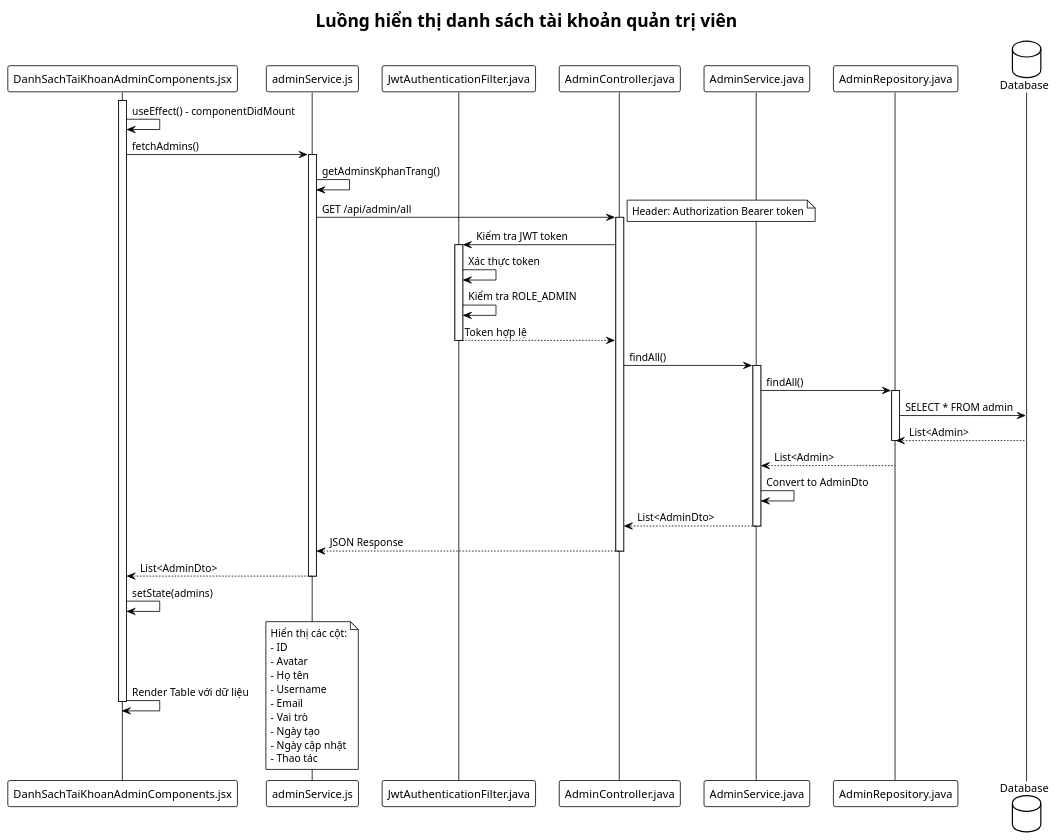
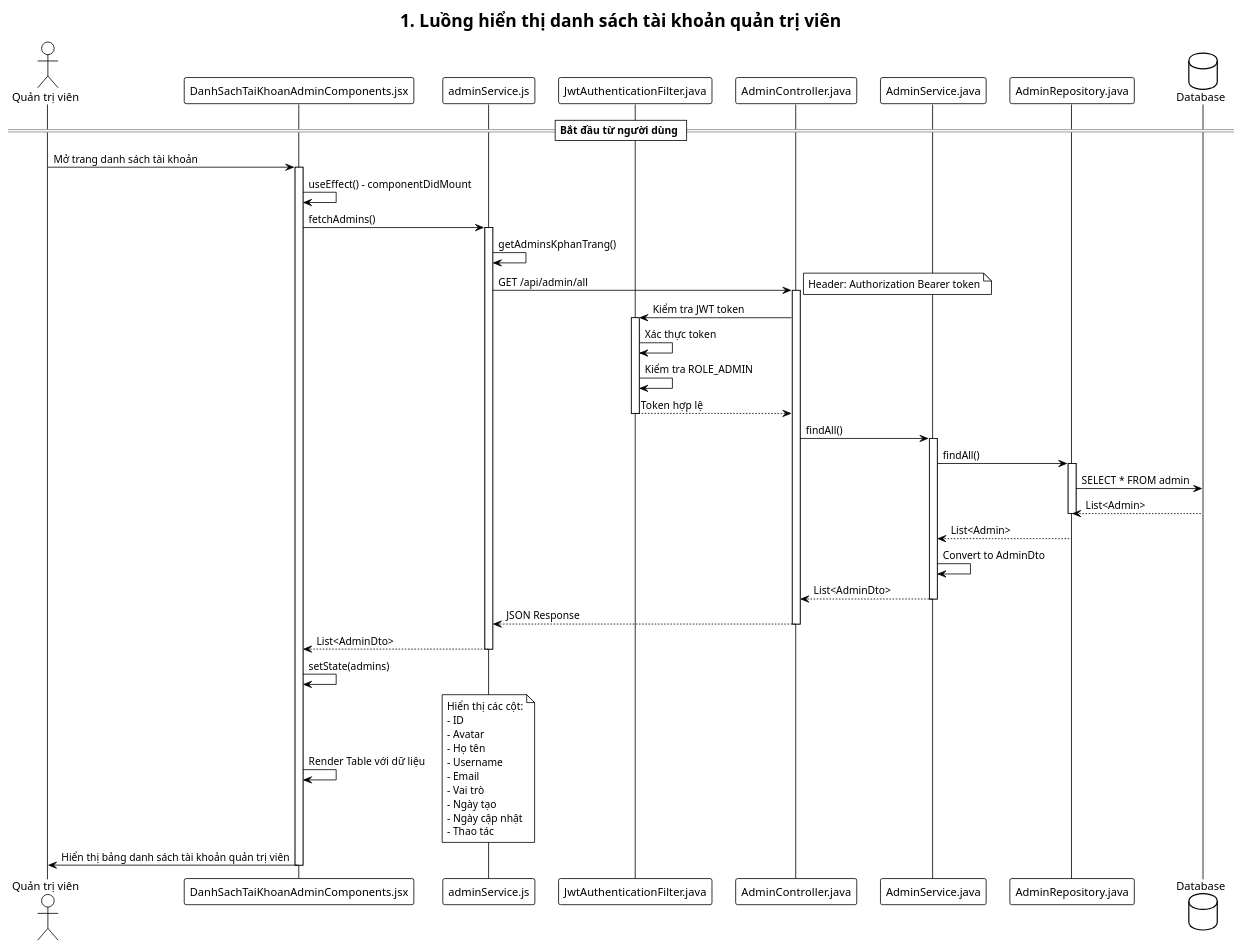
One commit to truong-backend/He-Thong-Diem-Danh-STU changed the diagram in src/main/java/vn/diemdanh/hethong/UML/XuLy/QuanLyTaiKhoanQuanTriVien/HienThiDanhSachTaiKhoanQuanTriVien.puml. Above: the diagram before and after it, drawn with PlantUML. The commit also changed 84 other files, not shown here.

Commit message:
Sequence các quản lý tài khoản

```diff
--- a/src/main/java/vn/diemdanh/hethong/UML/XuLy/QuanLyTaiKhoanQuanTriVien/HienThiDanhSachTaiKhoanQuanTriVien.puml
+++ b/src/main/java/vn/diemdanh/hethong/UML/XuLy/QuanLyTaiKhoanQuanTriVien/HienThiDanhSachTaiKhoanQuanTriVien.puml
@@ -1,60 +1,67 @@
 @startuml
 !theme plain
-title Luồng hiển thị danh sách tài khoản quản trị viên
+title 1. Luồng hiển thị danh sách tài khoản quản trị viên
+
+actor "Quản trị viên" as adminUser
 
 participant "DanhSachTaiKhoanAdminComponents.jsx" as component
 participant "adminService.js" as service
 participant "JwtAuthenticationFilter.java" as jwtFilter
 participant "AdminController.java" as controller
 participant "AdminService.java" as adminService
 participant "AdminRepository.java" as repository
 database "Database" as db
+
+== Bắt đầu từ người dùng ==
+adminUser -> component: Mở trang danh sách tài khoản
 
 activate component
 component -> component: useEffect() - componentDidMount
 component -> service: fetchAdmins()
 activate service
 service -> service: getAdminsKphanTrang()
 service -> controller: GET /api/admin/all
 note right: Header: Authorization Bearer token
 
 activate controller
 controller -> jwtFilter: Kiểm tra JWT token
 activate jwtFilter
 jwtFilter -> jwtFilter: Xác thực token
 jwtFilter -> jwtFilter: Kiểm tra ROLE_ADMIN
 jwtFilter --> controller: Token hợp lệ
 deactivate jwtFilter
 
 controller -> adminService: findAll()
 activate adminService
 adminService -> repository: findAll()
 activate repository
 repository -> db: SELECT * FROM admin
 db --> repository: List<Admin>
 deactivate repository
 repository --> adminService: List<Admin>
 adminService -> adminService: Convert to AdminDto
 adminService --> controller: List<AdminDto>
 deactivate adminService
 controller --> service: JSON Response
 deactivate controller
 service --> component: List<AdminDto>
 deactivate service
 
 component -> component: setState(admins)
 component -> component: Render Table với dữ liệu
 note right
 Hiển thị các cột:
 - ID
 - Avatar
 - Họ tên
 - Username
 - Email
 - Vai trò
 - Ngày tạo
 - Ngày cập nhật
 - Thao tác
 end note
+
+component -> adminUser: Hiển thị bảng danh sách tài khoản quản trị viên
 deactivate component
 @enduml
```
